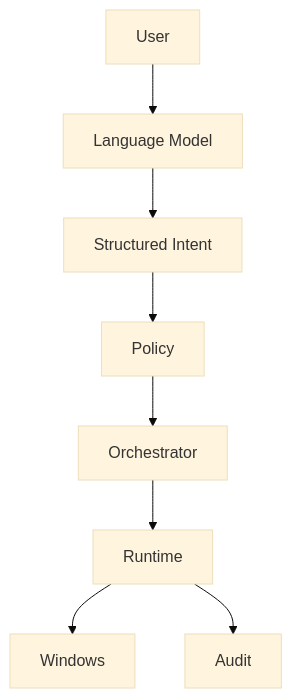
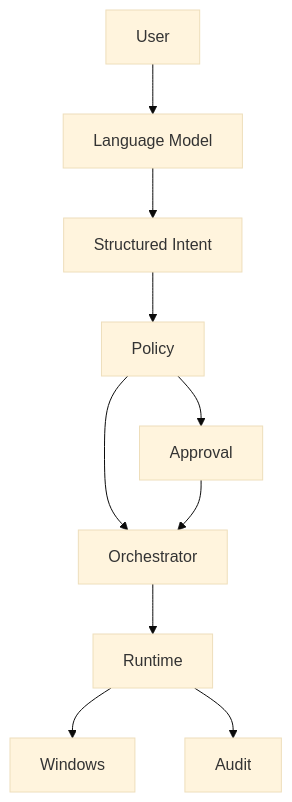
The diagram in README.md (soldercore/soldercore), drawn with Mermaid (base theme) before and after one commit. The commit also changed other lines of this file, not shown here.

````diff
--- a/README.md
+++ b/README.md
@@ -104,10 +126,13 @@
 ```mermaid
 flowchart TD
-    A["User"] --> B["Language Model"]
-    B --> C["Structured Intent"]
-    C --> D["Policy"]
-    D --> E["Orchestrator"]
-    E --> F["Runtime"]
-    F --> G["Windows"]
-    F --> H["Audit"]
+    U["User"] --> L["Language Model"]
+    L --> I["Structured Intent"]
+    I --> P["Policy"]
+    P --> O["Orchestrator"]
+    O --> R["Runtime"]
+    R --> W["Windows"]
+
+    R --> A["Audit"]
+    P --> C["Approval"]
+    C --> O
 ```
````
